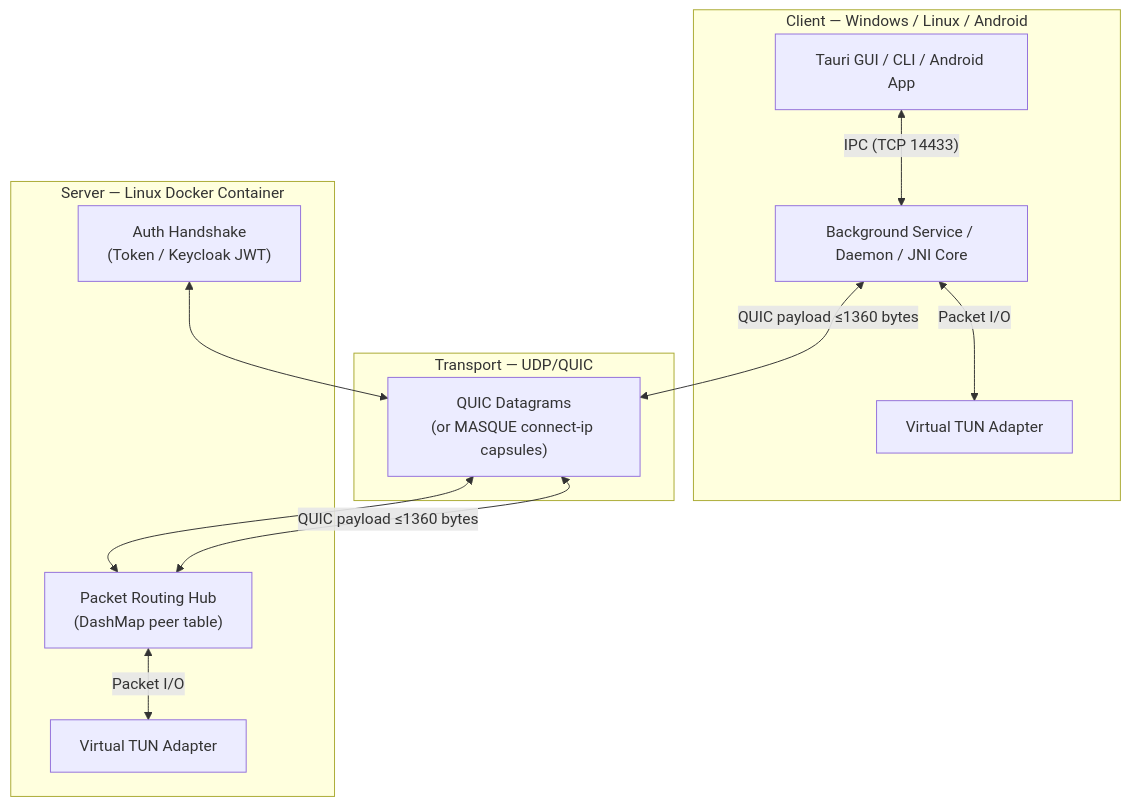
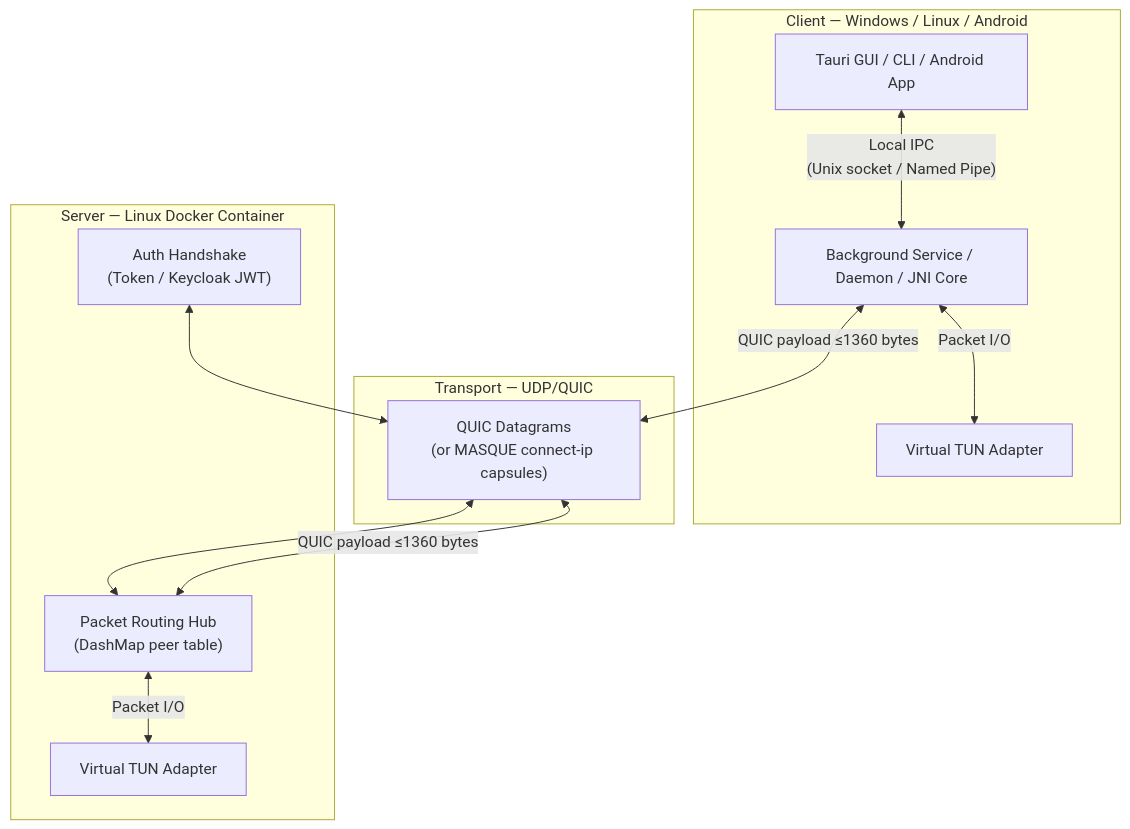
Before and after one commit to zerox80/mavi-vpn: the diagram in README.md, drawn with Mermaid. The commit also changed other lines of this file and 48 other files, not shown here.

````diff
--- a/README.md
+++ b/README.md
@@ -50,28 +50,28 @@
 ```mermaid
 graph TD
     subgraph "Client — Windows / Linux / Android"
         GUI["Tauri GUI / CLI / Android App"]
         SVC["Background Service / Daemon / JNI Core"]
         TUN_C["Virtual TUN Adapter"]
 
-        GUI <-->|"IPC (TCP 14433)"| SVC
+        GUI <-->|"Local IPC\n(Unix socket / Named Pipe)"| SVC
         SVC <-->|"Packet I/O"| TUN_C
     end
 
     subgraph "Transport — UDP/QUIC"
         QUIC["QUIC Datagrams\n(or MASQUE connect-ip capsules)"]
     end
 
     subgraph "Server — Linux Docker Container"
         AUTH["Auth Handshake\n(Token / Keycloak JWT)"]
         HUB["Packet Routing Hub\n(DashMap peer table)"]
         TUN_S["Virtual TUN Adapter"]
 
         AUTH <--> QUIC
         HUB <--> QUIC
         HUB <-->|"Packet I/O"| TUN_S
     end
 
     SVC <-->|"QUIC payload ≤1360 bytes"| QUIC
     QUIC <-->|"QUIC payload ≤1360 bytes"| HUB
 ```
````
